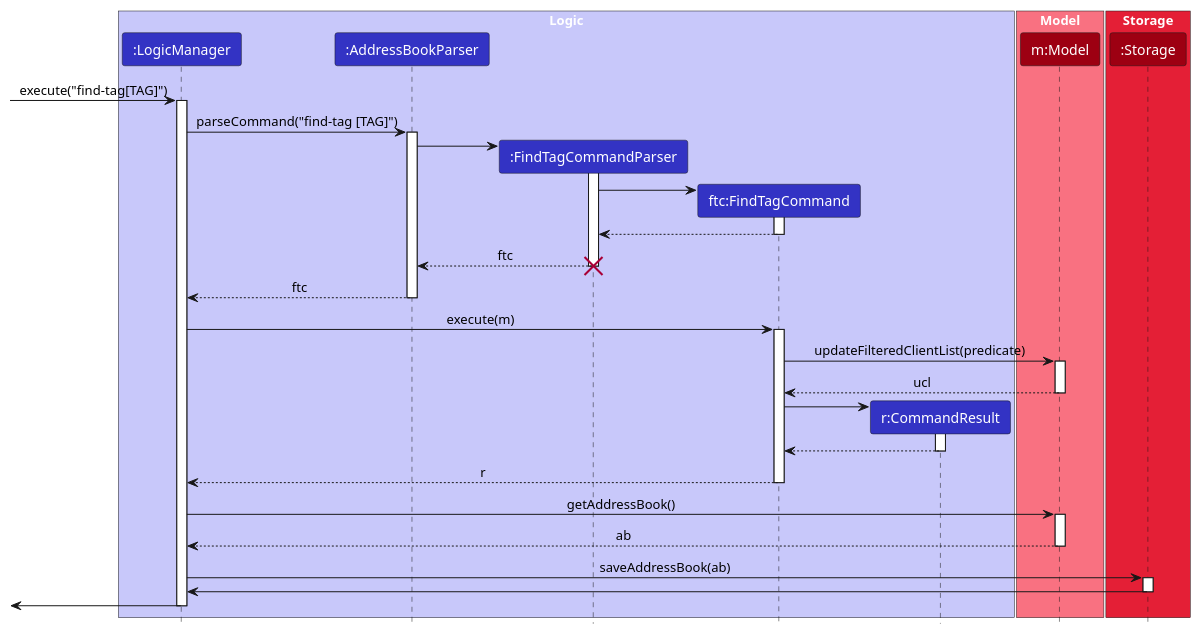
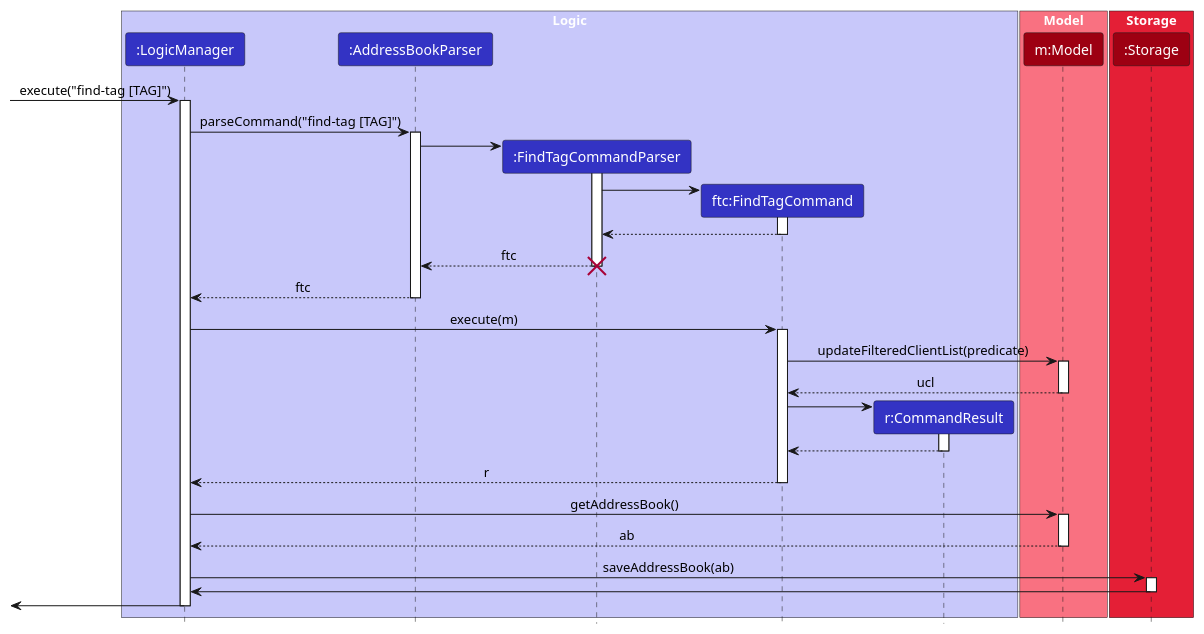
Before and after one commit to camille-readbean/tp: the diagram in docs/diagrams/FindTagSequenceDiagram.puml, drawn with PlantUML. The commit also changed 4 other files, not shown here.

First line of the commit message:
Update Appointment class diag, find tag typo, DG

```diff
--- a/docs/diagrams/FindTagSequenceDiagram.puml
+++ b/docs/diagrams/FindTagSequenceDiagram.puml
@@ -1,56 +1,56 @@
 @startuml
 skinparam ArrowFontStyle plain
 hide footbox
 skinparam sequenceMessageAlign center
 
 box "<color #white> Logic </color>" #C8C8FA
 participant "<color #white> :LogicManager </color>" as LM #3333C4
 participant "<color #white> :AddressBookParser </color>" as ABP #3333C4
 participant "<color #white> :FindTagCommandParser </color>" as FCP #3333C4
 participant "<color #white> ftc:FindTagCommand </color>" as ftc #3333C4
 participant "<color #white> r:CommandResult </color>" as r #3333C4
 end box
 
 box "<color #white> Model </color>" #F97181
 participant "<color #white> m:Model </color>" as m #9D0012
 end box
 
 box "<color #white> Storage </color>" #E41F36
 participant "<color #white> :Storage </color>" as S #9D0012
 end box
 
-[-> LM: execute("find-tag[TAG]")
+[-> LM: execute("find-tag [TAG]")
 activate LM
 LM -> ABP : parseCommand("find-tag [TAG]")
 activate ABP
 create FCP
 ABP -> FCP ++
 
 create ftc
 FCP -> ftc ++
 ftc --> FCP --
 FCP --> ABP : ftc
 deactivate FCP
 destroy FCP
 
 ABP --> LM : ftc
 deactivate ABP
 
 LM -> ftc : execute(m)
 activate ftc
 ftc -> m ++ : updateFilteredClientList(predicate)
 m --> ftc -- : ucl
 
 create r
 ftc -> r ++
 r --> ftc --
 ftc --> LM -- : r
 
 LM -> m ++ : getAddressBook()
 m --> LM -- : ab
 
 LM -> S ++ : saveAddressBook(ab)
 S -> LM --
 
 [<- LM --
 @enduml
```
